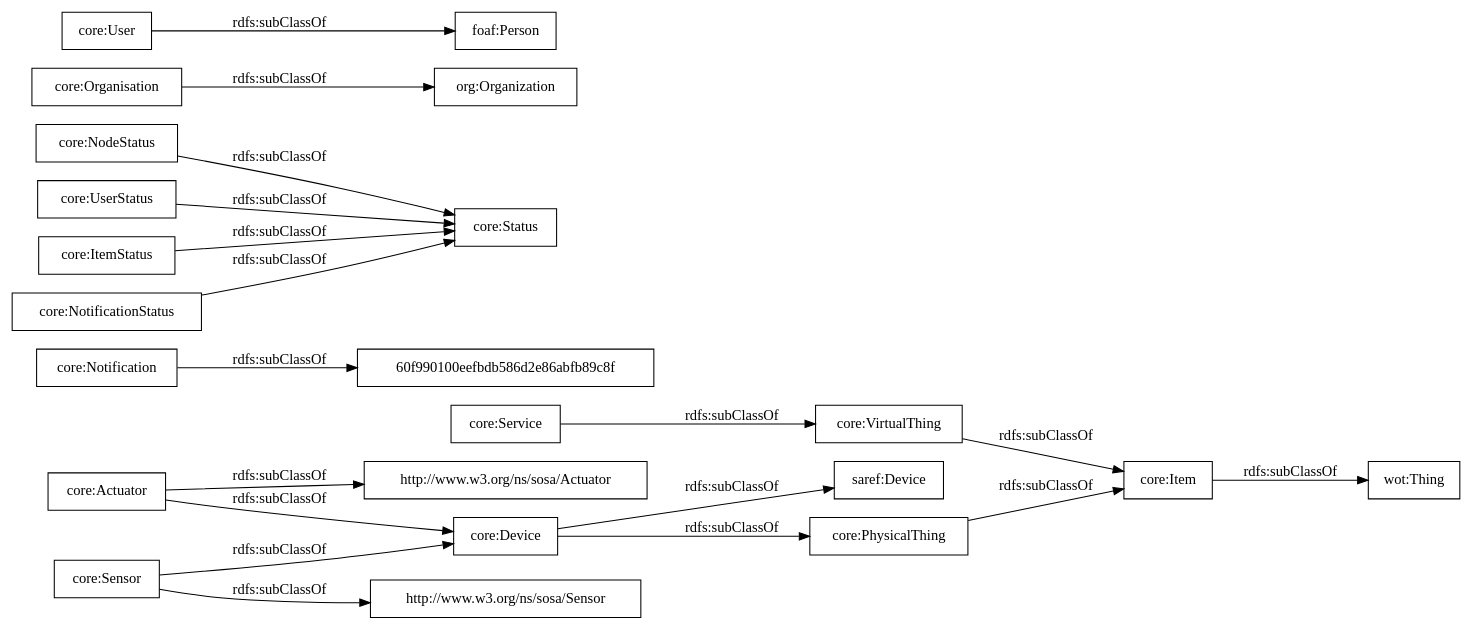
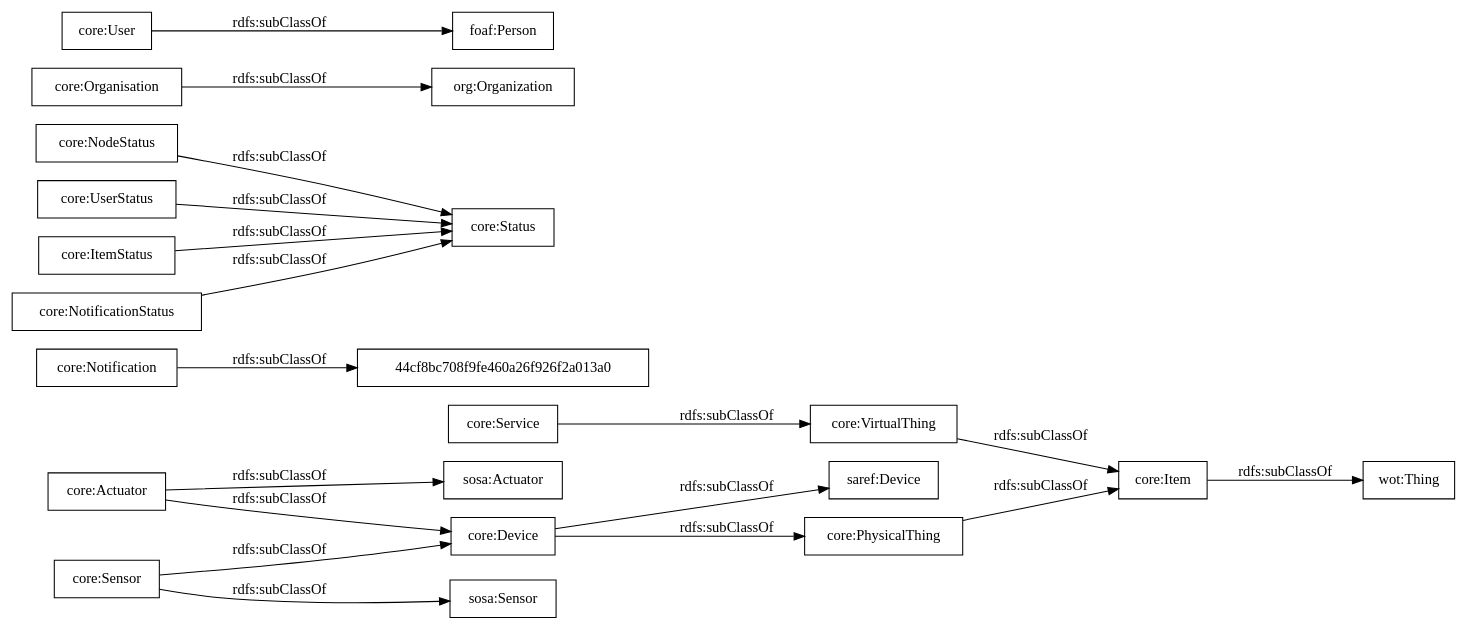
Before and after one commit to oeg-upm/auroral-core-ontology: the diagram in OnToology/ontology/auroral-core.ttl/diagrams/ar2dtool-taxonomy/auroral-core.ttl.png.dot, drawn with Graphviz. The commit also changed 12 other files, not shown here.

```diff
--- a/OnToology/ontology/auroral-core.ttl/diagrams/ar2dtool-taxonomy/auroral-core.ttl.png.dot
+++ b/OnToology/ontology/auroral-core.ttl/diagrams/ar2dtool-taxonomy/auroral-core.ttl.png.dot
@@ -1,23 +1,23 @@
 digraph ar2dtool_diagram { 
 rankdir=LR;
 size="1000"
-node [shape = rectangle, color="black"]; "core:Service" "core:Notification" "core:NodeStatus" "core:VirtualThing" "core:UserStatus" "org:Organization" "core:User" "core:Item" "60f990100eefbdb586d2e86abfb89c8f" "core:ItemStatus" "http://www.w3.org/ns/sosa/Actuator" "core:Actuator" "core:Organisation" "core:NotificationStatus" "foaf:Person" "saref:Device" "core:PhysicalThing" "http://www.w3.org/ns/sosa/Sensor" "wot:Thing" "core:Status" "core:Device" "core:Sensor" ; /*classes style*/
+node [shape = rectangle, color="black"]; "core:Service" "core:Notification" "core:NodeStatus" "core:VirtualThing" "core:UserStatus" "org:Organization" "core:User" "core:Item" "core:ItemStatus" "44cf8bc708f9fe460a26f926f2a013a0" "sosa:Actuator" "core:Actuator" "core:Organisation" "core:NotificationStatus" "foaf:Person" "saref:Device" "core:PhysicalThing" "sosa:Sensor" "wot:Thing" "core:Status" "core:Device" "core:Sensor" ; /*classes style*/
 	"core:UserStatus" -> "core:Status" [ label = "rdfs:subClassOf" ];
 	"core:Item" -> "wot:Thing" [ label = "rdfs:subClassOf" ];
 	"core:VirtualThing" -> "core:Item" [ label = "rdfs:subClassOf" ];
-	"core:Notification" -> "60f990100eefbdb586d2e86abfb89c8f" [ label = "rdfs:subClassOf" ];
+	"core:Notification" -> "44cf8bc708f9fe460a26f926f2a013a0" [ label = "rdfs:subClassOf" ];
 	"core:PhysicalThing" -> "core:Item" [ label = "rdfs:subClassOf" ];
 	"core:Sensor" -> "core:Device" [ label = "rdfs:subClassOf" ];
-	"core:Sensor" -> "http://www.w3.org/ns/sosa/Sensor" [ label = "rdfs:subClassOf" ];
+	"core:Sensor" -> "sosa:Sensor" [ label = "rdfs:subClassOf" ];
 	"core:NodeStatus" -> "core:Status" [ label = "rdfs:subClassOf" ];
 	"core:User" -> "foaf:Person" [ label = "rdfs:subClassOf" ];
 	"core:Actuator" -> "core:Device" [ label = "rdfs:subClassOf" ];
-	"core:Actuator" -> "http://www.w3.org/ns/sosa/Actuator" [ label = "rdfs:subClassOf" ];
+	"core:Actuator" -> "sosa:Actuator" [ label = "rdfs:subClassOf" ];
 	"core:ItemStatus" -> "core:Status" [ label = "rdfs:subClassOf" ];
 	"core:Device" -> "saref:Device" [ label = "rdfs:subClassOf" ];
 	"core:Device" -> "core:PhysicalThing" [ label = "rdfs:subClassOf" ];
 	"core:Service" -> "core:VirtualThing" [ label = "rdfs:subClassOf" ];
 	"core:NotificationStatus" -> "core:Status" [ label = "rdfs:subClassOf" ];
 	"core:Organisation" -> "org:Organization" [ label = "rdfs:subClassOf" ];
 
 }
```
